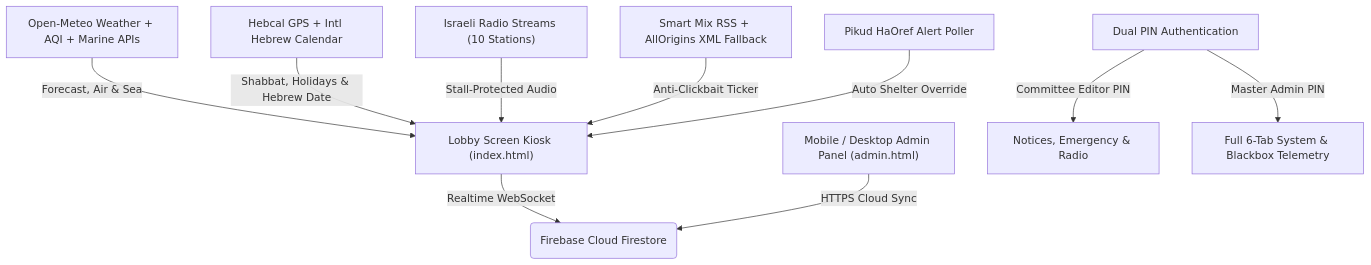
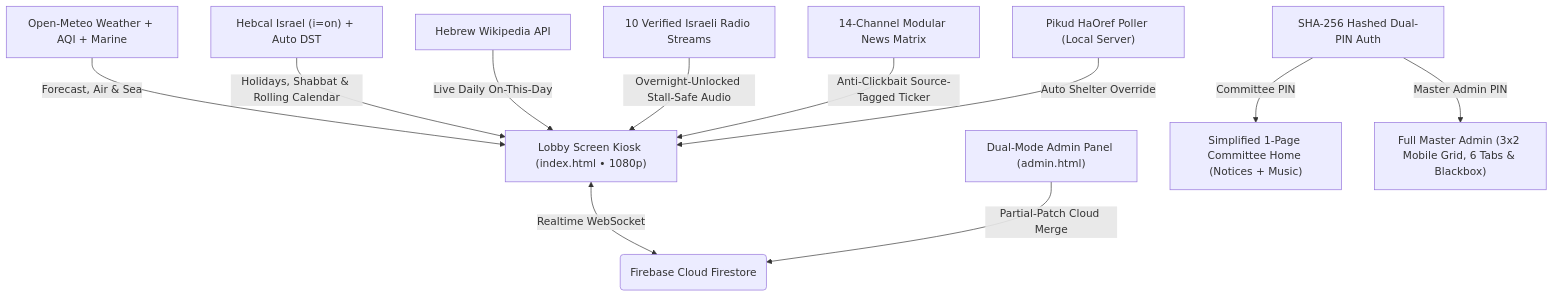
Before and after one commit to omerninyo/smart-lobby: the diagram in README.md, drawn with Mermaid. The commit also changed other lines of this file and 47 other files, not shown here.

````diff
--- a/README.md
+++ b/README.md
@@ -134,12 +141,13 @@
 ```mermaid
 graph TD
-    A["Lobby Screen Kiosk (index.html)"] -->|Realtime WebSocket| B("Firebase Cloud Firestore")
-    C["Open-Meteo Weather + AQI + Marine APIs"] -->|Forecast, Air & Sea| A
-    D["Hebcal GPS + Intl Hebrew Calendar"] -->|Shabbat, Holidays & Hebrew Date| A
-    E["Israeli Radio Streams (10 Stations)"] -->|Stall-Protected Audio| A
-    F["Smart Mix RSS + AllOrigins XML Fallback"] -->|Anti-Clickbait Ticker| A
-    O["Pikud HaOref Alert Poller"] -->|Auto Shelter Override| A
-    G["Mobile / Desktop Admin Panel (admin.html)"] -->|HTTPS Cloud Sync| B
-    H["Dual PIN Authentication"] -->|Committee Editor PIN| H1["Notices, Emergency & Radio"]
-    H -->|Master Admin PIN| H2["Full 6-Tab System & Blackbox Telemetry"]
+    A["Lobby Screen Kiosk (index.html • 1080p)"] <-->|Realtime WebSocket| B("Firebase Cloud Firestore")
+    C["Open-Meteo Weather + AQI + Marine"] -->|Forecast, Air & Sea| A
+    D["Hebcal Israel (i=on) + Auto DST"] -->|Holidays, Shabbat & Rolling Calendar| A
+    W["Hebrew Wikipedia API"] -->|Live Daily On-This-Day| A
+    E["10 Verified Israeli Radio Streams"] -->|Overnight-Unlocked Stall-Safe Audio| A
+    F["14-Channel Modular News Matrix"] -->|Anti-Clickbait Source-Tagged Ticker| A
+    O["Pikud HaOref Poller (Local Server)"] -->|Auto Shelter Override| A
+    G["Dual-Mode Admin Panel (admin.html)"] -->|Partial-Patch Cloud Merge| B
+    H["SHA-256 Hashed Dual-PIN Auth"] -->|Committee PIN| H1["Simplified 1-Page Committee Home (Notices + Music)"]
+    H -->|Master Admin PIN| H2["Full Master Admin (3x2 Mobile Grid, 6 Tabs & Blackbox)"]
 ```
````
